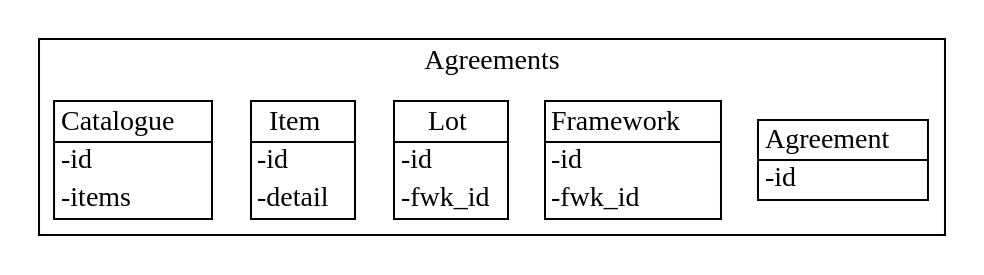
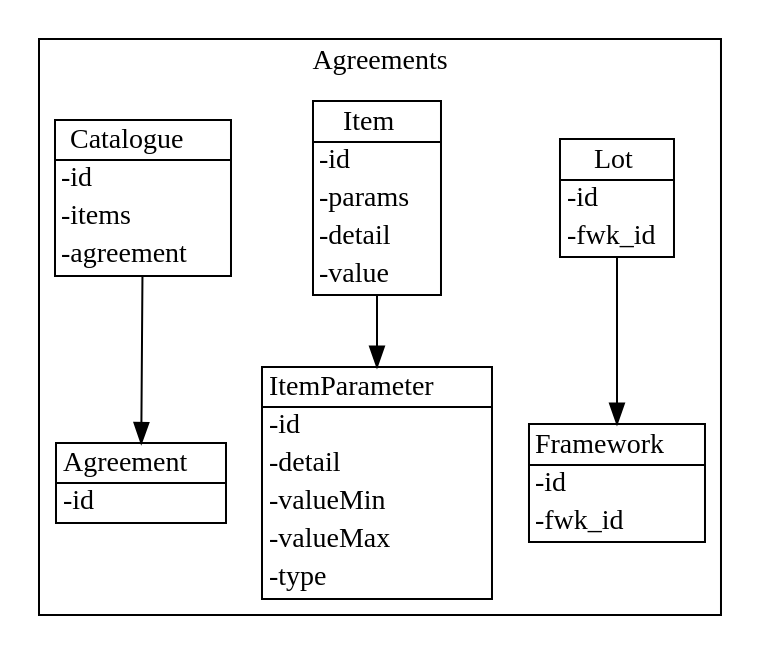
Before and after one commit to Crown-Commercial-Service/cmp-design-prototype: the diagram in agreement-design/diagram/data_model.dot, drawn with Graphviz. The commit also changed 5 other files, not shown here.

First line of the commit message:
Add links in diagrams

```diff
--- a/agreement-design/diagram/data_model.dot
+++ b/agreement-design/diagram/data_model.dot
@@ -1,11 +1,15 @@
 strict digraph {
 subgraph cluster_Agreements {
 node [shape=plaintext margin=0];
 label=Agreements;
 "Agreement" [label=<<table BORDER="1" CELLBORDER="0" CELLSPACING="0"><TH><TD>Agreement</TD></TH><HR/><TR><TD ALIGN="LEFT">-id</TD></TR></table>>];
 "Framework" [label=<<table BORDER="1" CELLBORDER="0" CELLSPACING="0"><TH><TD>Framework</TD></TH><HR/><TR><TD ALIGN="LEFT">-id</TD></TR><TR><TD ALIGN="LEFT">-fwk_id</TD></TR></table>>];
 "Lot" [label=<<table BORDER="1" CELLBORDER="0" CELLSPACING="0"><TH><TD>Lot</TD></TH><HR/><TR><TD ALIGN="LEFT">-id</TD></TR><TR><TD ALIGN="LEFT">-fwk_id</TD></TR></table>>];
-"Item" [label=<<table BORDER="1" CELLBORDER="0" CELLSPACING="0"><TH><TD>Item</TD></TH><HR/><TR><TD ALIGN="LEFT">-id</TD></TR><TR><TD ALIGN="LEFT">-detail</TD></TR></table>>];
-"Catalogue" [label=<<table BORDER="1" CELLBORDER="0" CELLSPACING="0"><TH><TD>Catalogue</TD></TH><HR/><TR><TD ALIGN="LEFT">-id</TD></TR><TR><TD ALIGN="LEFT">-items</TD></TR></table>>];
+"Lot" -> "Framework";
+"ItemParameter" [label=<<table BORDER="1" CELLBORDER="0" CELLSPACING="0"><TH><TD>ItemParameter</TD></TH><HR/><TR><TD ALIGN="LEFT">-id</TD></TR><TR><TD ALIGN="LEFT">-detail</TD></TR><TR><TD ALIGN="LEFT">-valueMin</TD></TR><TR><TD ALIGN="LEFT">-valueMax</TD></TR><TR><TD ALIGN="LEFT">-type</TD></TR></table>>];
+"Item" [label=<<table BORDER="1" CELLBORDER="0" CELLSPACING="0"><TH><TD>Item</TD></TH><HR/><TR><TD ALIGN="LEFT">-id</TD></TR><TR><TD ALIGN="LEFT">-params</TD></TR><TR><TD ALIGN="LEFT">-detail</TD></TR><TR><TD ALIGN="LEFT">-value</TD></TR></table>>];
+"Item" -> "ItemParameter";
+"Catalogue" [label=<<table BORDER="1" CELLBORDER="0" CELLSPACING="0"><TH><TD>Catalogue</TD></TH><HR/><TR><TD ALIGN="LEFT">-id</TD></TR><TR><TD ALIGN="LEFT">-items</TD></TR><TR><TD ALIGN="LEFT">-agreement</TD></TR></table>>];
+"Catalogue" -> "Agreement";
 }
 }
```
